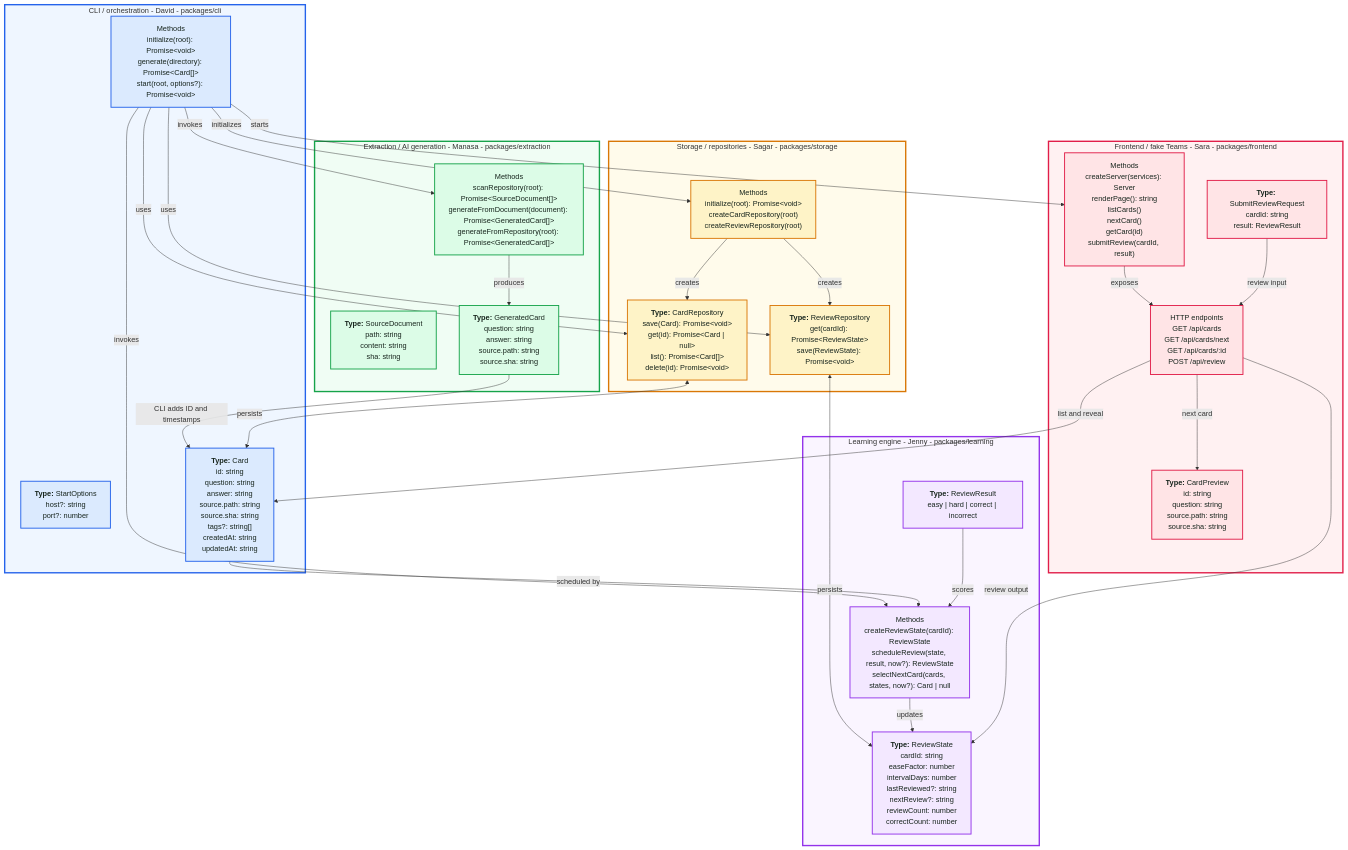
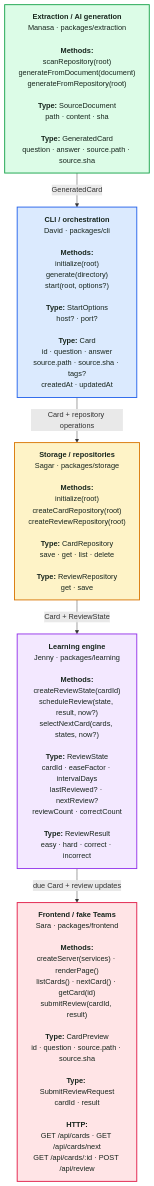
The diagram in README.md (flashlearn-ai/flashlearn), drawn with Mermaid before and after one commit. The commit also changed 1 other file, not shown here.

Commit message:
Simplify contract map for mobile

````diff
--- a/README.md
+++ b/README.md
@@ -87,70 +87,28 @@
 ```mermaid
-flowchart TB
-  subgraph CLI["CLI / orchestration - David - packages/cli"]
-    CliMethods["Methods<br/>initialize(root): Promise&lt;void&gt;<br/>generate(directory): Promise&lt;Card[]&gt;<br/>start(root, options?): Promise&lt;void&gt;"]
-    CliTypes["<b>Type:</b> StartOptions<br/>host?: string<br/>port?: number"]
-    Card["<b>Type:</b> Card<br/>id: string<br/>question: string<br/>answer: string<br/>source.path: string<br/>source.sha: string<br/>tags?: string[]<br/>createdAt: string<br/>updatedAt: string"]
-  end
+flowchart TD
+  Extraction["<b>Extraction / AI generation</b><br/>Manasa · packages/extraction<br/><br/><b>Methods:</b><br/>scanRepository(root)<br/>generateFromDocument(document)<br/>generateFromRepository(root)<br/><br/><b>Type:</b> SourceDocument<br/>path · content · sha<br/><br/><b>Type:</b> GeneratedCard<br/>question · answer · source.path · source.sha"]
 
-  subgraph Extraction["Extraction / AI generation - Manasa - packages/extraction"]
-    ExtractionMethods["Methods<br/>scanRepository(root): Promise&lt;SourceDocument[]&gt;<br/>generateFromDocument(document): Promise&lt;GeneratedCard[]&gt;<br/>generateFromRepository(root): Promise&lt;GeneratedCard[]&gt;"]
-    SourceDocument["<b>Type:</b> SourceDocument<br/>path: string<br/>content: string<br/>sha: string"]
-    GeneratedCard["<b>Type:</b> GeneratedCard<br/>question: string<br/>answer: string<br/>source.path: string<br/>source.sha: string"]
-  end
+  CLI["<b>CLI / orchestration</b><br/>David · packages/cli<br/><br/><b>Methods:</b><br/>initialize(root)<br/>generate(directory)<br/>start(root, options?)<br/><br/><b>Type:</b> StartOptions<br/>host? · port?<br/><br/><b>Type:</b> Card<br/>id · question · answer<br/>source.path · source.sha · tags?<br/>createdAt · updatedAt"]
 
-  subgraph Storage["Storage / repositories - Sagar - packages/storage"]
-    StorageMethods["Methods<br/>initialize(root): Promise&lt;void&gt;<br/>createCardRepository(root)<br/>createReviewRepository(root)"]
-    CardRepo["<b>Type:</b> CardRepository<br/>save(Card): Promise&lt;void&gt;<br/>get(id): Promise&lt;Card | null&gt;<br/>list(): Promise&lt;Card[]&gt;<br/>delete(id): Promise&lt;void&gt;"]
-    ReviewRepo["<b>Type:</b> ReviewRepository<br/>get(cardId): Promise&lt;ReviewState&gt;<br/>save(ReviewState): Promise&lt;void&gt;"]
-  end
+  Storage["<b>Storage / repositories</b><br/>Sagar · packages/storage<br/><br/><b>Methods:</b><br/>initialize(root)<br/>createCardRepository(root)<br/>createReviewRepository(root)<br/><br/><b>Type:</b> CardRepository<br/>save · get · list · delete<br/><br/><b>Type:</b> ReviewRepository<br/>get · save"]
 
-  subgraph Learning["Learning engine - Jenny - packages/learning"]
-    LearningMethods["Methods<br/>createReviewState(cardId): ReviewState<br/>scheduleReview(state, result, now?): ReviewState<br/>selectNextCard(cards, states, now?): Card | null"]
-    ReviewState["<b>Type:</b> ReviewState<br/>cardId: string<br/>easeFactor: number<br/>intervalDays: number<br/>lastReviewed?: string<br/>nextReview?: string<br/>reviewCount: number<br/>correctCount: number"]
-    ReviewResult["<b>Type:</b> ReviewResult<br/>easy | hard | correct | incorrect"]
-  end
+  Learning["<b>Learning engine</b><br/>Jenny · packages/learning<br/><br/><b>Methods:</b><br/>createReviewState(cardId)<br/>scheduleReview(state, result, now?)<br/>selectNextCard(cards, states, now?)<br/><br/><b>Type:</b> ReviewState<br/>cardId · easeFactor · intervalDays<br/>lastReviewed? · nextReview?<br/>reviewCount · correctCount<br/><br/><b>Type:</b> ReviewResult<br/>easy · hard · correct · incorrect"]
 
-  subgraph Frontend["Frontend / fake Teams - Sara - packages/frontend"]
-    FrontendMethods["Methods<br/>createServer(services): Server<br/>renderPage(): string<br/>listCards()<br/>nextCard()<br/>getCard(id)<br/>submitReview(cardId, result)"]
-    CardPreview["<b>Type:</b> CardPreview<br/>id: string<br/>question: string<br/>source.path: string<br/>source.sha: string"]
-    ReviewRequest["<b>Type:</b> SubmitReviewRequest<br/>cardId: string<br/>result: ReviewResult"]
-    Endpoints["HTTP endpoints<br/>GET /api/cards<br/>GET /api/cards/next<br/>GET /api/cards/:id<br/>POST /api/review"]
-  end
+  Frontend["<b>Frontend / fake Teams</b><br/>Sara · packages/frontend<br/><br/><b>Methods:</b><br/>createServer(services) · renderPage()<br/>listCards() · nextCard() · getCard(id)<br/>submitReview(cardId, result)<br/><br/><b>Type:</b> CardPreview<br/>id · question · source.path · source.sha<br/><br/><b>Type:</b> SubmitReviewRequest<br/>cardId · result<br/><br/><b>HTTP:</b><br/>GET /api/cards · GET /api/cards/next<br/>GET /api/cards/:id · POST /api/review"]
 
-  CliMethods -->|invokes| ExtractionMethods
-  ExtractionMethods -->|produces| GeneratedCard
-  GeneratedCard -->|CLI adds ID and timestamps| Card
-  CliMethods -->|uses| CardRepo
-  CliMethods -->|uses| ReviewRepo
-  CliMethods -->|initializes| StorageMethods
-  StorageMethods -->|creates| CardRepo
-  StorageMethods -->|creates| ReviewRepo
-  CardRepo <-->|persists| Card
-  ReviewRepo <-->|persists| ReviewState
-  CliMethods -->|invokes| LearningMethods
-  Card -->|scheduled by| LearningMethods
-  ReviewResult -->|scores| LearningMethods
-  LearningMethods -->|updates| ReviewState
-  CliMethods -->|starts| FrontendMethods
-  FrontendMethods -->|exposes| Endpoints
-  Endpoints -->|list and reveal| Card
-  Endpoints -->|next card| CardPreview
-  ReviewRequest -->|review input| Endpoints
-  Endpoints -->|review output| ReviewState
+  Extraction -->|GeneratedCard| CLI
+  CLI -->|Card + repository operations| Storage
+  Storage -->|Card + ReviewState| Learning
+  Learning -->|due Card + review updates| Frontend
 
   classDef cli fill:#dbeafe,color:#17251d,stroke:#2563eb,stroke-width:2px;
   classDef extraction fill:#dcfce7,color:#17251d,stroke:#16a34a,stroke-width:2px;
   classDef storage fill:#fef3c7,color:#17251d,stroke:#d97706,stroke-width:2px;
   classDef learning fill:#f3e8ff,color:#17251d,stroke:#9333ea,stroke-width:2px;
   classDef frontend fill:#ffe4e6,color:#17251d,stroke:#e11d48,stroke-width:2px;
-  class CliMethods,CliTypes,Card cli;
-  class ExtractionMethods,SourceDocument,GeneratedCard extraction;
-  class StorageMethods,CardRepo,ReviewRepo storage;
-  class LearningMethods,ReviewState,ReviewResult learning;
-  class FrontendMethods,CardPreview,ReviewRequest,Endpoints frontend;
-  style CLI fill:#eff6ff,stroke:#2563eb,stroke-width:3px
-  style Extraction fill:#f0fdf4,stroke:#16a34a,stroke-width:3px
-  style Storage fill:#fffbeb,stroke:#d97706,stroke-width:3px
-  style Learning fill:#faf5ff,stroke:#9333ea,stroke-width:3px
-  style Frontend fill:#fff1f2,stroke:#e11d48,stroke-width:3px
+  class CLI cli;
+  class Extraction extraction;
+  class Storage storage;
+  class Learning learning;
+  class Frontend frontend;
 ```
````
